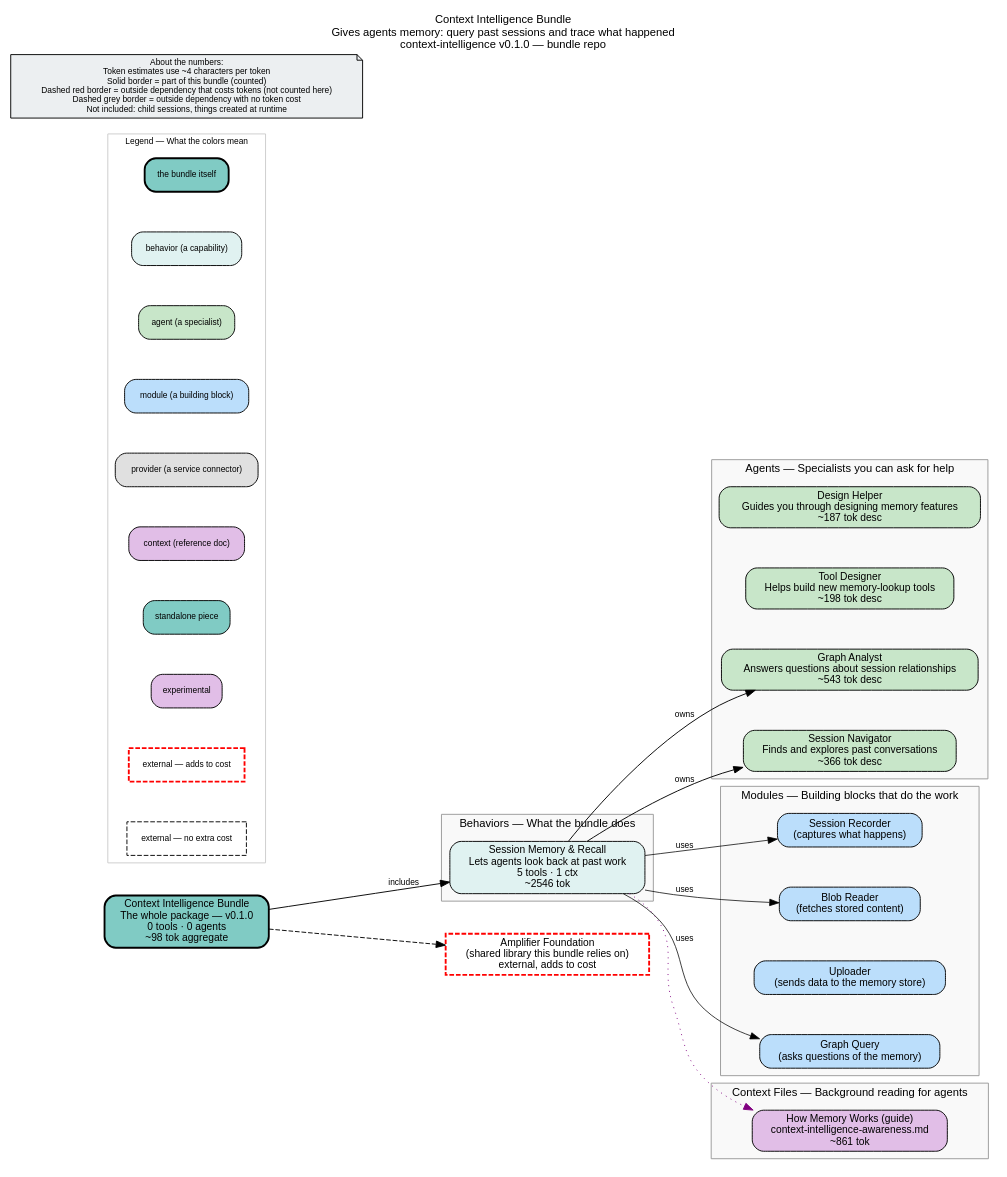
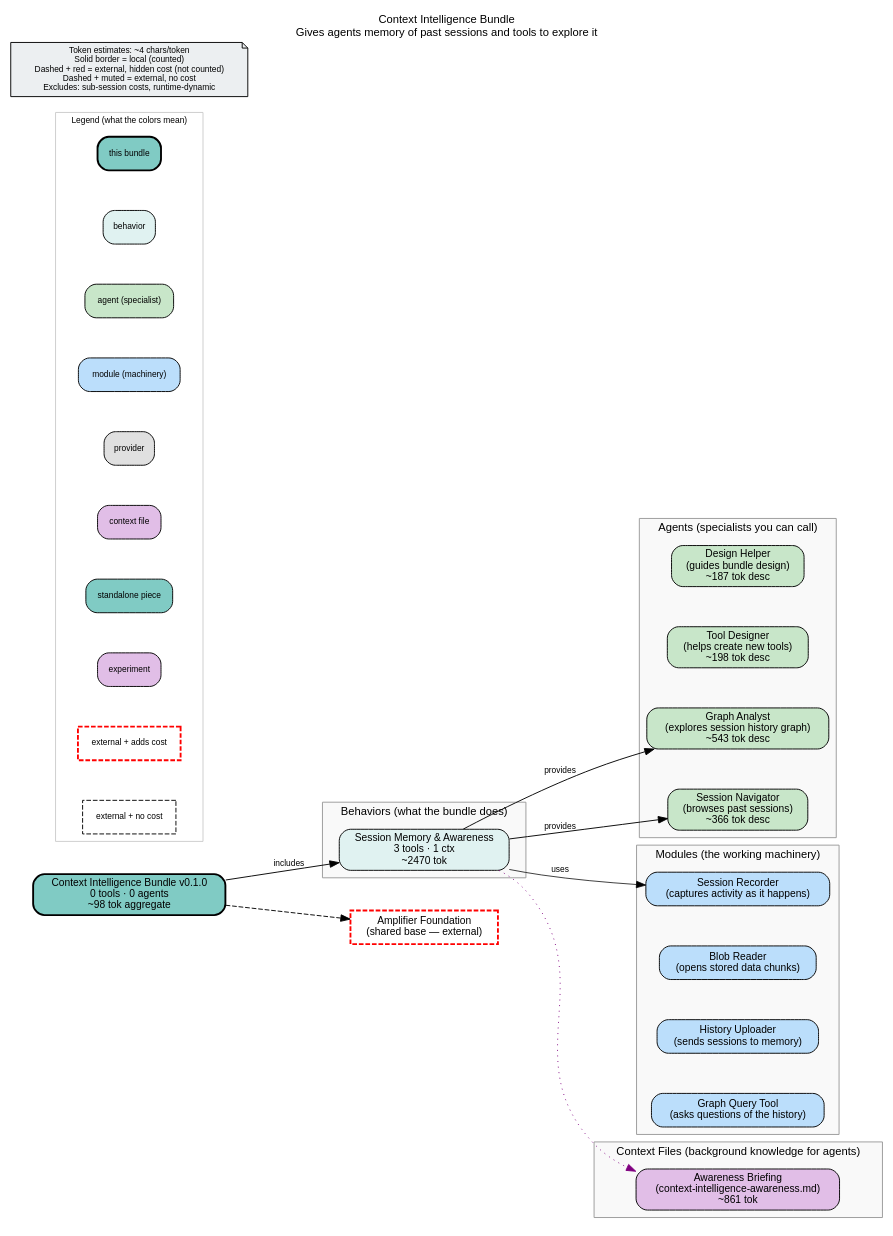
The diagram in bundle.dot (microsoft/amplifier-bundle-context-intelligence), drawn with Graphviz before and after one commit. The commit also changed 2 other files, not shown here.

Commit message:
fix: address validate-bundle-repo findings — recipe schema fixes, refresh bundle.dot

```diff
--- a/bundle.dot
+++ b/bundle.dot
@@ -1,92 +1,90 @@
-// The context-intelligence bundle gives agents the ability to query and navigate their own session history and event graph.
+// This repository packages "context-intelligence" — a bundle that gives Amplifier agents memory and awareness of past sessions, with tools to query and explore that history.
 digraph context_intelligence {
     rankdir=LR
     fontname="Helvetica"
     fontsize=12
-    label="Context Intelligence Bundle\nGives agents memory: query past sessions and trace what happened\ncontext-intelligence v0.1.0 — bundle repo"
+    label="Context Intelligence Bundle\nGives agents memory of past sessions and tools to explore it"
     labelloc=t
     labeljust=c
     nodesep=0.6
     ranksep=0.7
     bgcolor="white"
-    source_hash="9cc42069e0398d54a1971daa847097e45923235fff508d385f6ca707ea2dbeee"
+    source_hash="f138ee0941183a758726ef2860fce4f00279ddbce185e75572e772c8005b00fb"
 
     node [fontname="Helvetica", fontsize=11, style="filled,rounded"]
     edge [fontname="Helvetica", fontsize=9]
 
-    root_context_intelligence [label="Context Intelligence Bundle\nThe whole package — v0.1.0\n0 tools · 0 agents\n~98 tok aggregate", shape=box, fillcolor="#80cbc4", style="filled,rounded,bold", penwidth=2]
+    root_context_intelligence [label="Context Intelligence Bundle v0.1.0\n0 tools · 0 agents\n~98 tok aggregate", shape=box, fillcolor="#80cbc4", style="filled,rounded,bold", penwidth=2]
 
     subgraph cluster_behaviors {
-        label="Behaviors — What the bundle does"
+        label="Behaviors (what the bundle does)"
         style="filled"
         fillcolor="#f9f9f9"
         color="#999999"
 
-        beh_context_intelligence_behavior [label="Session Memory & Recall\nLets agents look back at past work\n5 tools · 1 ctx\n~2546 tok", shape=box, fillcolor="#e0f2f1", style="filled,rounded"]
+        beh_context_intelligence_behavior [label="Session Memory & Awareness\n3 tools · 1 ctx\n~2470 tok", shape=box, fillcolor="#e0f2f1", style="filled,rounded"]
     }
 
     subgraph cluster_agents {
-        label="Agents — Specialists you can ask for help"
+        label="Agents (specialists you can call)"
         style="filled"
         fillcolor="#f9f9f9"
         color="#999999"
 
-        agt_context_intelligence_design_facilitator [label="Design Helper\nGuides you through designing memory features\n~187 tok desc", shape=box, fillcolor="#c8e6c9", style="filled,rounded"]
-        agt_context_intelligence_tool_designer [label="Tool Designer\nHelps build new memory-lookup tools\n~198 tok desc", shape=box, fillcolor="#c8e6c9", style="filled,rounded"]
-        agt_graph_analyst [label="Graph Analyst\nAnswers questions about session relationships\n~543 tok desc", shape=box, fillcolor="#c8e6c9", style="filled,rounded"]
-        agt_session_navigator [label="Session Navigator\nFinds and explores past conversations\n~366 tok desc", shape=box, fillcolor="#c8e6c9", style="filled,rounded"]
+        agt_context_intelligence_design_facilitator [label="Design Helper\n(guides bundle design)\n~187 tok desc", shape=box, fillcolor="#c8e6c9", style="filled,rounded"]
+        agt_context_intelligence_tool_designer [label="Tool Designer\n(helps create new tools)\n~198 tok desc", shape=box, fillcolor="#c8e6c9", style="filled,rounded"]
+        agt_graph_analyst [label="Graph Analyst\n(explores session history graph)\n~543 tok desc", shape=box, fillcolor="#c8e6c9", style="filled,rounded"]
+        agt_session_navigator [label="Session Navigator\n(browses past sessions)\n~366 tok desc", shape=box, fillcolor="#c8e6c9", style="filled,rounded"]
     }
 
     subgraph cluster_modules {
-        label="Modules — Building blocks that do the work"
+        label="Modules (the working machinery)"
         style="filled"
         fillcolor="#f9f9f9"
         color="#999999"
 
-        mod_hook_context_intelligence [label="Session Recorder\n(captures what happens)", shape=box, fillcolor="#bbdefb", style="filled,rounded"]
-        mod_tool_blob_read [label="Blob Reader\n(fetches stored content)", shape=box, fillcolor="#bbdefb", style="filled,rounded"]
-        mod_tool_context_intelligence_upload [label="Uploader\n(sends data to the memory store)", shape=box, fillcolor="#bbdefb", style="filled,rounded"]
-        mod_tool_graph_query [label="Graph Query\n(asks questions of the memory)", shape=box, fillcolor="#bbdefb", style="filled,rounded"]
+        mod_hook_context_intelligence [label="Session Recorder\n(captures activity as it happens)", shape=box, fillcolor="#bbdefb", style="filled,rounded"]
+        mod_tool_blob_read [label="Blob Reader\n(opens stored data chunks)", shape=box, fillcolor="#bbdefb", style="filled,rounded"]
+        mod_tool_context_intelligence_upload [label="History Uploader\n(sends sessions to memory)", shape=box, fillcolor="#bbdefb", style="filled,rounded"]
+        mod_tool_graph_query [label="Graph Query Tool\n(asks questions of the history)", shape=box, fillcolor="#bbdefb", style="filled,rounded"]
     }
 
     subgraph cluster_context {
-        label="Context Files — Background reading for agents"
+        label="Context Files (background knowledge for agents)"
         style="filled"
         fillcolor="#f9f9f9"
         color="#999999"
 
-        ctx_context_intelligence_awareness_md [label="How Memory Works (guide)\ncontext-intelligence-awareness.md\n~861 tok", shape=box, fillcolor="#e1bee7", style="filled,rounded"]
+        ctx_context_intelligence_awareness_md [label="Awareness Briefing\n(context-intelligence-awareness.md)\n~861 tok", shape=box, fillcolor="#e1bee7", style="filled,rounded"]
     }
 
     subgraph cluster_legend {
-        label="Legend — What the colors mean"
+        label="Legend (what the colors mean)"
         style="filled"
         fillcolor="white"
         color="#cccccc"
         fontsize=9
 
-        leg_root [label="the bundle itself", shape=box, fillcolor="#80cbc4", style="filled,rounded,bold", fontsize=9]
-        leg_behavior [label="behavior (a capability)", shape=box, fillcolor="#e0f2f1", style="filled,rounded", fontsize=9]
-        leg_agent [label="agent (a specialist)", shape=box, fillcolor="#c8e6c9", style="filled,rounded", fontsize=9]
-        leg_module [label="module (a building block)", shape=box, fillcolor="#bbdefb", style="filled,rounded", fontsize=9]
-        leg_provider [label="provider (a service connector)", shape=box, fillcolor="#e0e0e0", style="filled,rounded", fontsize=9]
-        leg_context [label="context (reference doc)", shape=box, fillcolor="#e1bee7", style="filled,rounded", fontsize=9]
+        leg_root [label="this bundle", shape=box, fillcolor="#80cbc4", style="filled,rounded,bold", fontsize=9]
+        leg_behavior [label="behavior", shape=box, fillcolor="#e0f2f1", style="filled,rounded", fontsize=9]
+        leg_agent [label="agent (specialist)", shape=box, fillcolor="#c8e6c9", style="filled,rounded", fontsize=9]
+        leg_module [label="module (machinery)", shape=box, fillcolor="#bbdefb", style="filled,rounded", fontsize=9]
+        leg_provider [label="provider", shape=box, fillcolor="#e0e0e0", style="filled,rounded", fontsize=9]
+        leg_context [label="context file", shape=box, fillcolor="#e1bee7", style="filled,rounded", fontsize=9]
         leg_standalone [label="standalone piece", shape=box, fillcolor="#80cbc4", style="filled,rounded", fontsize=9]
-        leg_experiment [label="experimental", shape=box, fillcolor="#e1bee7", style="filled,rounded", fontsize=9]
-        leg_ext_cost [label="external — adds to cost", shape=box, fillcolor="#80cbc4", style="dashed", color="red", penwidth=2, fontsize=9]
-        leg_ext_muted [label="external — no extra cost", shape=box, fillcolor="#f5f5f5", style="dashed", fontsize=9]
+        leg_experiment [label="experiment", shape=box, fillcolor="#e1bee7", style="filled,rounded", fontsize=9]
+        leg_ext_cost [label="external + adds cost", shape=box, fillcolor="#80cbc4", style="dashed", color="red", penwidth=2, fontsize=9]
+        leg_ext_muted [label="external + no cost", shape=box, fillcolor="#f5f5f5", style="dashed", fontsize=9]
     }
 
-    disclaimer [label="About the numbers:\nToken estimates use ~4 characters per token\nSolid border = part of this bundle (counted)\nDashed red border = outside dependency that costs tokens (not counted here)\nDashed grey border = outside dependency with no token cost\nNot included: child sessions, things created at runtime", shape=note, fillcolor="#eceff1", style="filled", fontsize=9]
+    disclaimer [label="Token estimates: ~4 chars/token\nSolid border = local (counted)\nDashed + red = external, hidden cost (not counted)\nDashed + muted = external, no cost\nExcludes: sub-session costs, runtime-dynamic", shape=note, fillcolor="#eceff1", style="filled", fontsize=9]
 
-    ext_githttps___github_com_microsoft_amplifier_foundation_main [label="Amplifier Foundation\n(shared library this bundle relies on)\nexternal, adds to cost", shape=box, fillcolor="#80cbc4", style="dashed", color="red", penwidth=2]
+    ext_githttps___github_com_microsoft_amplifier_foundation_main [label="Amplifier Foundation\n(shared base — external)", shape=box, fillcolor="#80cbc4", style="dashed", color="red", penwidth=2]
 
     root_context_intelligence -> ext_githttps___github_com_microsoft_amplifier_foundation_main [style=dashed]
     root_context_intelligence -> beh_context_intelligence_behavior [label="includes"]
-    beh_context_intelligence_behavior -> agt_graph_analyst [label="owns"]
-    beh_context_intelligence_behavior -> agt_session_navigator [label="owns"]
-    beh_context_intelligence_behavior -> mod_tool_graph_query [label="uses", penwidth=0.8]
-    beh_context_intelligence_behavior -> mod_tool_blob_read [label="uses", penwidth=0.8]
+    beh_context_intelligence_behavior -> agt_graph_analyst [label="provides"]
+    beh_context_intelligence_behavior -> agt_session_navigator [label="provides"]
     beh_context_intelligence_behavior -> mod_hook_context_intelligence [label="uses", penwidth=0.8]
     beh_context_intelligence_behavior -> ctx_context_intelligence_awareness_md [style=dotted, color=purple]
 }
```
